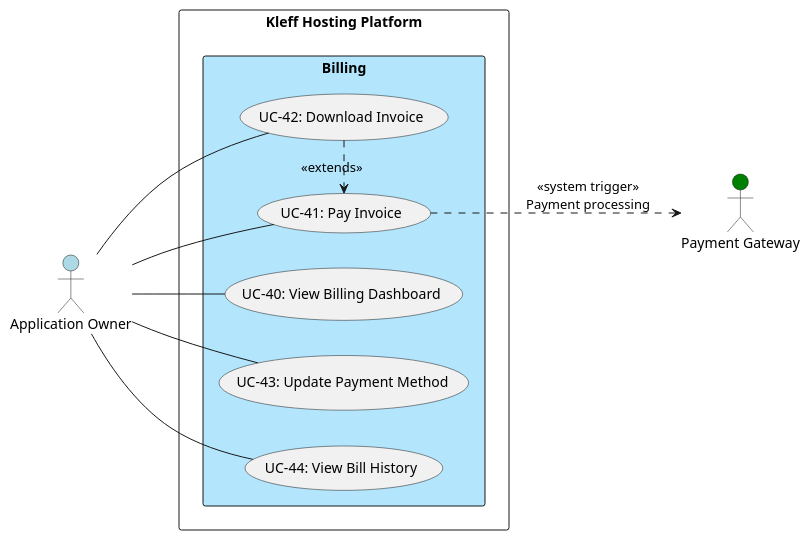
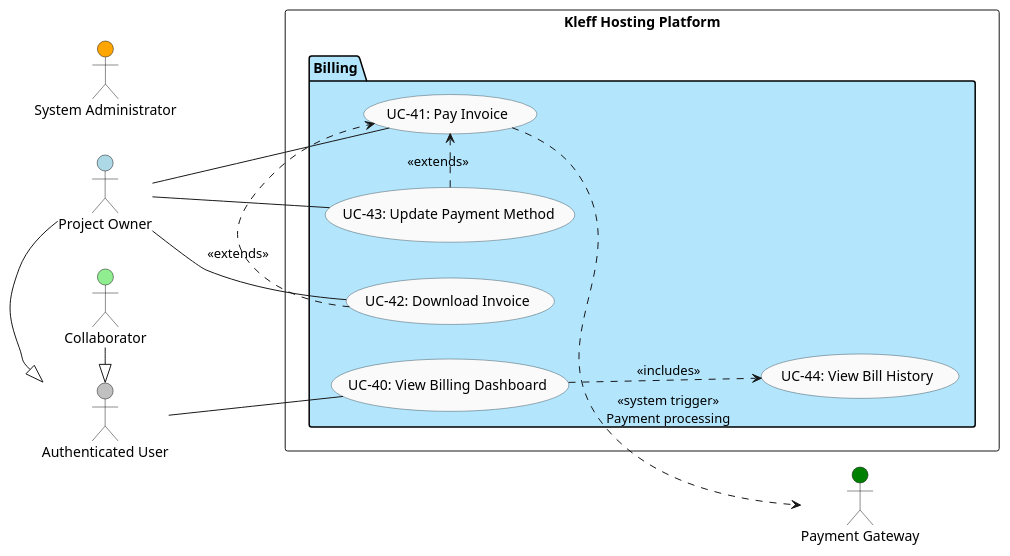
Before and after one commit to kleffio/.github: the diagram in docs/Billing/BillingUseCase.puml, drawn with PlantUML. The commit also changed 5 other files, not shown here.

```diff
--- a/docs/Billing/BillingUseCase.puml
+++ b/docs/Billing/BillingUseCase.puml
@@ -1,31 +1,48 @@
 @startuml Kleff Hosting - Billing Use Cases
 left to right direction
-skinparam packageStyle rectangle
+skinparam shadowing false
+skinparam usecase {
+  BackgroundColor #FAFAFA
+  BorderColor #455A64
+  RoundCorner 14
+}
 
-actor "Application Owner" as Owner #lightblue
+' ==== Actors ====
+actor "Authenticated User" as AuthUser #silver
+actor "Project Owner" as Owner #lightblue
+actor "Collaborator" as Collab #lightgreen
+actor "System Administrator" as Admin #orange
 actor "Payment Gateway" as Payment #green
 
+Owner -|> AuthUser
+Collab -|> AuthUser
+
 rectangle "Kleff Hosting Platform" {
+
   package "Billing" #B3E5FC {
     usecase "UC-40: View Billing Dashboard" as UC40
     usecase "UC-41: Pay Invoice" as UC41
     usecase "UC-42: Download Invoice" as UC42
     usecase "UC-43: Update Payment Method" as UC43
     usecase "UC-44: View Bill History" as UC44
   }
 }
 
-' Owner
-Owner -- UC40
+' ==== Actor Relationships ====
+AuthUser -- UC40
+
 Owner -- UC41
 Owner -- UC42
 Owner -- UC43
-Owner -- UC44
 
-' System trigger
+' ==== System Trigger ====
 UC41 ..> Payment : <<system trigger>>\nPayment processing
 
-' Extends
+' ==== EXTENDS ====
 UC42 .> UC41 : <<extends>>
+UC43 .> UC41 : <<extends>>
+
+' ==== INCLUDES ====
+UC40 ..> UC44 : <<includes>>
 
 @enduml
```
